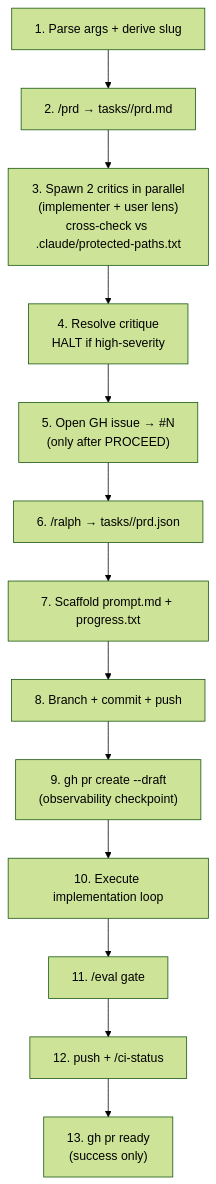
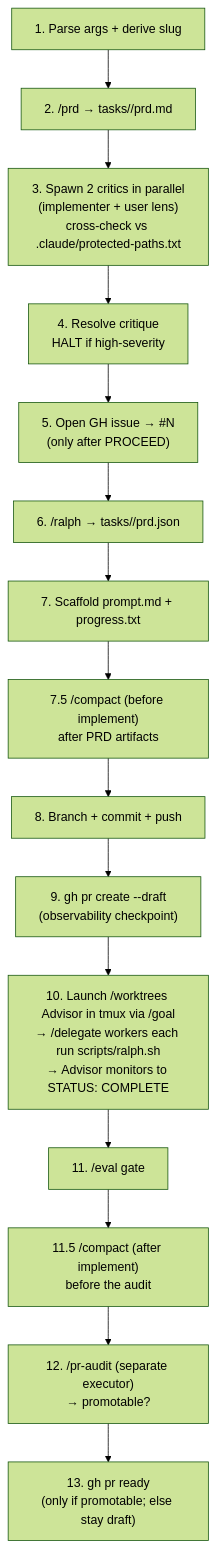
One commit to mifunedev/openharness changed the diagram in .claude/skills/ship-spec/SKILL.md. Above: the diagram before and after it, drawn with Mermaid (forest theme). The commit also changed other lines of this file and 3 other files, not shown here.

First line of the commit message:
skill: ship-spec hands off to a /worktrees Advisor, pr-audit-gated undraft

````diff
--- a/.claude/skills/ship-spec/SKILL.md
+++ b/.claude/skills/ship-spec/SKILL.md
@@ -22,15 +22,17 @@
 ```mermaid
 flowchart TD
     A["1. Parse args + derive slug"] --> B["2. /prd → tasks/<slug>/prd.md"]
     B --> D["3. Spawn 2 critics in parallel<br/>(implementer + user lens)<br/>cross-check vs .claude/protected-paths.txt"]
     D --> E["4. Resolve critique<br/>HALT if high-severity"]
     E --> C["5. Open GH issue → #N<br/>(only after PROCEED)"]
     C --> F["6. /ralph → tasks/<slug>/prd.json"]
     F --> G["7. Scaffold prompt.md + progress.txt"]
-    G --> H["8. Branch + commit + push"]
+    G --> G2["7.5 /compact (before implement)<br/>after PRD artifacts"]
+    G2 --> H["8. Branch + commit + push"]
     H --> I["9. gh pr create --draft<br/>(observability checkpoint)"]
-    I --> J["10. Execute implementation loop"]
+    I --> J["10. Launch /worktrees Advisor in tmux via /goal<br/>→ /delegate workers each run scripts/ralph.sh<br/>→ Advisor monitors to STATUS: COMPLETE"]
     J --> K["11. /eval gate"]
-    K --> L["12. push + /ci-status"]
-    L --> M["13. gh pr ready<br/>(success only)"]
+    K --> K2["11.5 /compact (after implement)<br/>before the audit"]
+    K2 --> L["12. /pr-audit (separate executor)<br/>→ promotable?"]
+    L --> M["13. gh pr ready<br/>(only if promotable; else stay draft)"]
 ```
````
